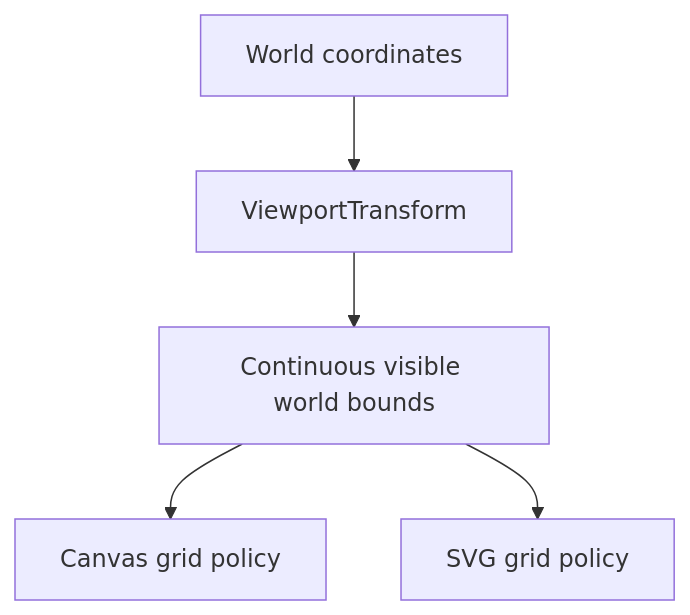
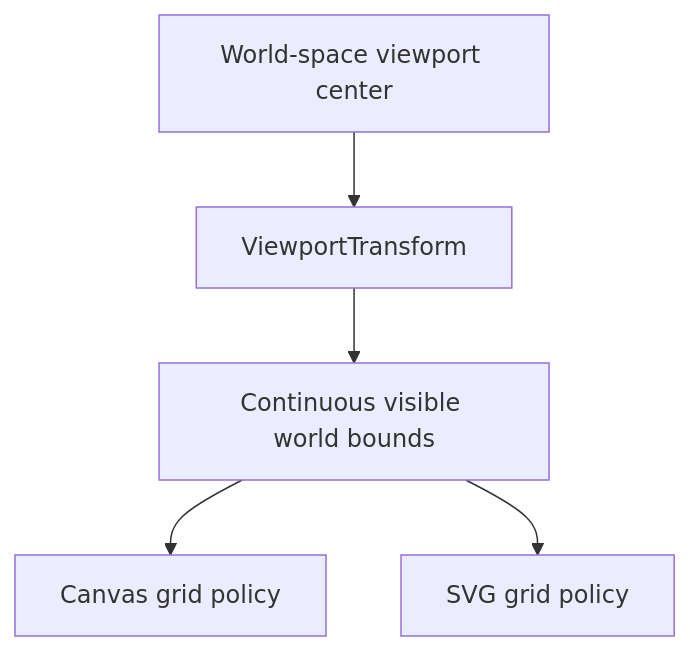
The first of 3 diagrams in docs/project/status.md (fa-ribeiro/vLab2D), drawn with Mermaid before and after one commit. The commit also changed other lines of this file and 14 other files, not shown here.

````diff
--- a/docs/project/status.md
+++ b/docs/project/status.md
@@ -76,13 +62,13 @@
 ```mermaid
 flowchart TD
-    WORLD["World coordinates"]
+    CENTER["World-space viewport center"]
     TRANSFORM["ViewportTransform"]
     BOUNDS["Continuous visible world bounds"]
     CANVAS["Canvas grid policy"]
     SVG["SVG grid policy"]
 
-    WORLD --> TRANSFORM
+    CENTER --> TRANSFORM
     TRANSFORM --> BOUNDS
     BOUNDS --> CANVAS
     BOUNDS --> SVG
 ```
````
